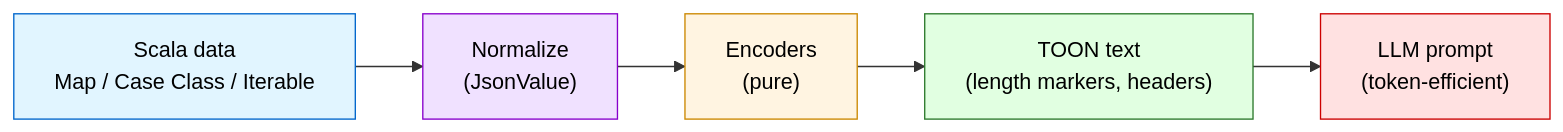
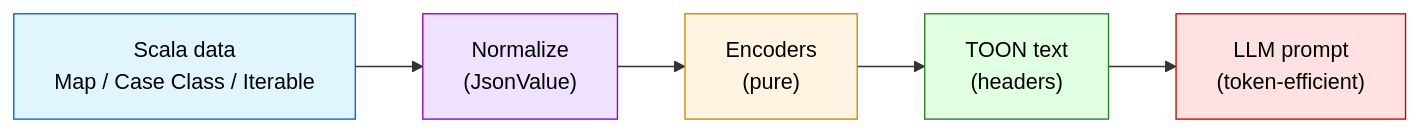
Before and after one commit to com-vitthalmirji/toon4s: the first of 7 diagrams in README.md, drawn with Mermaid. The commit also changed other lines of this file and 32 other files, not shown here.

````diff
--- a/README.md
+++ b/README.md
@@ -356,16 +359,16 @@
 ```mermaid
 flowchart LR
     scala["Scala data\nMap / Case Class / Iterable"]
     norm["Normalize\n(JsonValue)"]
     encoder["Encoders\n(pure)"]
-    toon["TOON text\n(length markers, headers)"]
+    toon["TOON text\n(headers)"]
     llm["LLM prompt\n(token-efficient)"]
 
     scala --> norm --> encoder --> toon --> llm
 
     style scala fill:#e1f5ff,stroke:#0066cc,color:#000
     style norm fill:#f0e1ff,stroke:#8800cc,color:#000
     style encoder fill:#fff4e1,stroke:#cc8800,color:#000
     style toon fill:#e1ffe1,stroke:#2d7a2d,color:#000
     style llm fill:#ffe1e1,stroke:#cc0000,color:#000
 ```
````
